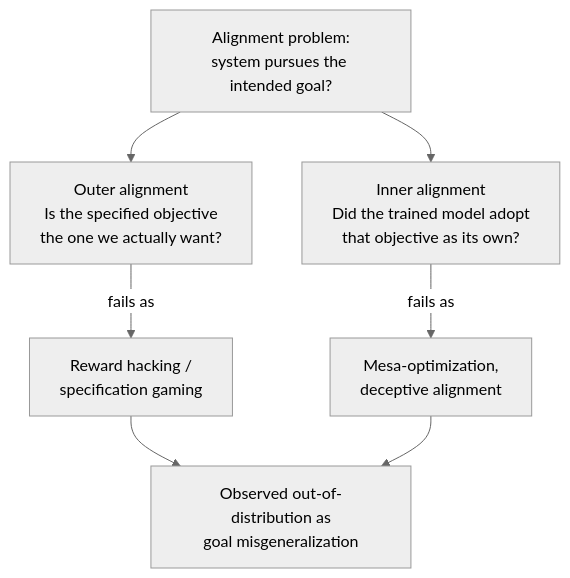
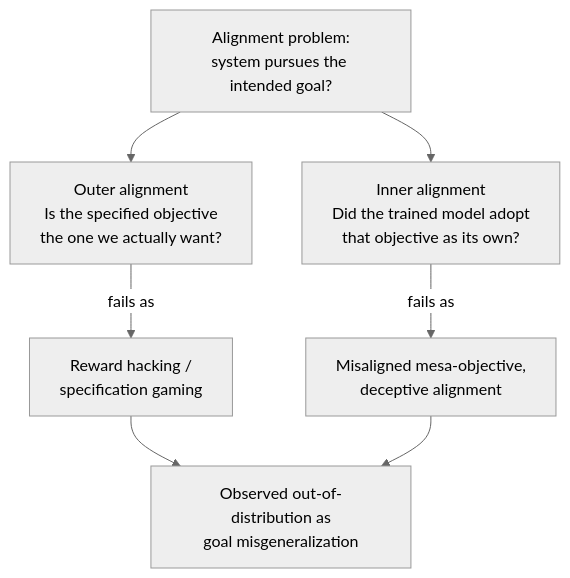
One commit to senthilnathan01/knowledge-vault changed the first of 2 diagrams in concepts/AI Safety - Problem Framings.md. Above: the diagram before and after it, drawn with Mermaid (neutral theme). The commit also changed other lines of this file, not shown here.

````diff
--- a/concepts/AI Safety - Problem Framings.md
+++ b/concepts/AI Safety - Problem Framings.md
@@ -25,10 +27,10 @@
 ```mermaid
 flowchart TD
     D["Alignment problem:<br/>system pursues the intended goal?"]
     D --> O["Outer alignment<br/>Is the specified objective<br/>the one we actually want?"]
     D --> I["Inner alignment<br/>Did the trained model adopt<br/>that objective as its own?"]
     O -->|fails as| OG["Reward hacking /<br/>specification gaming"]
-    I -->|fails as| IG["Mesa-optimization,<br/>deceptive alignment"]
+    I -->|fails as| IG["Misaligned mesa-objective,<br/>deceptive alignment"]
     OG --> OBS["Observed out-of-distribution as<br/>goal misgeneralization"]
     IG --> OBS
 ```
````
